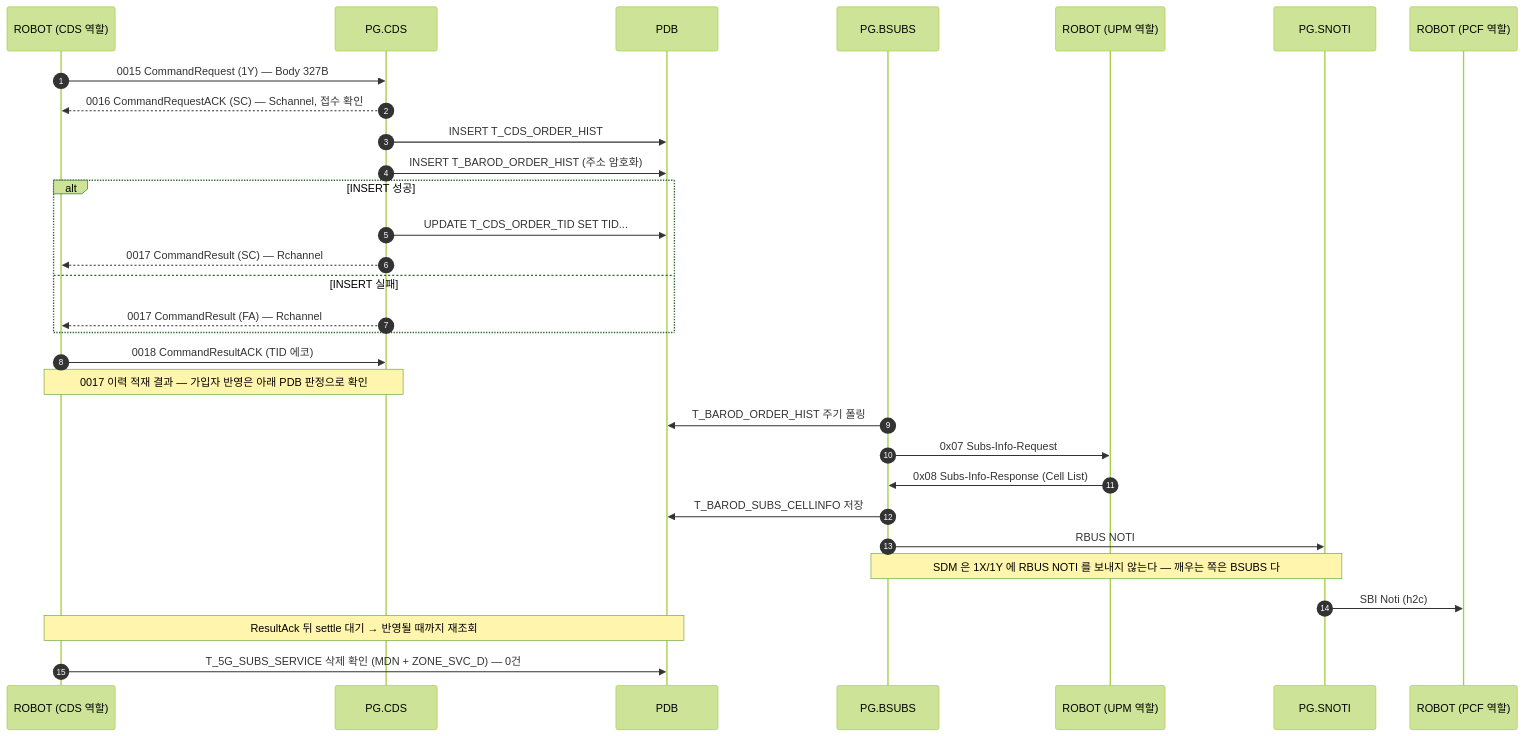
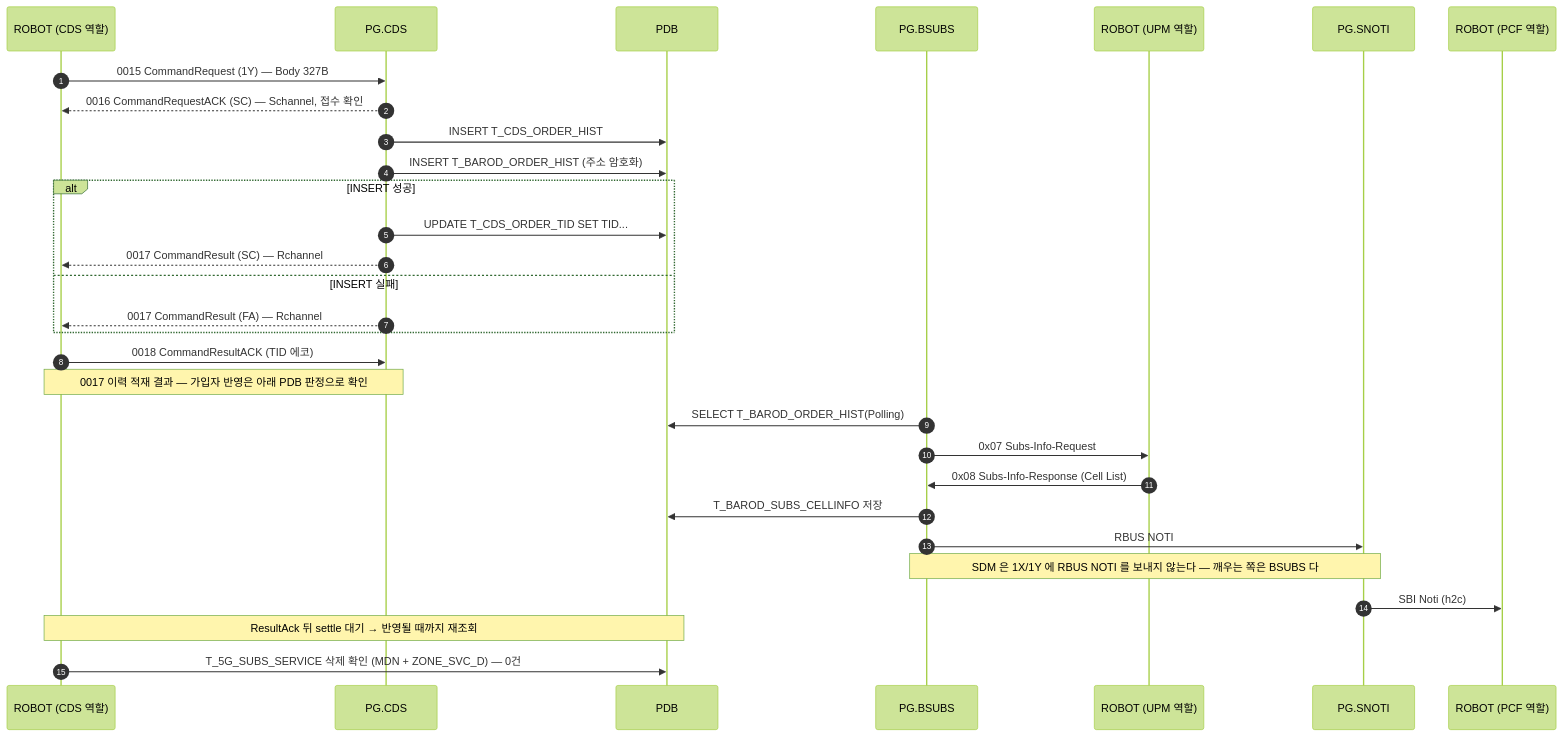
Before and after one commit to IanKim2030/tc4robot: the diagram in docs/callflow/CDS_1Y.md, drawn with Mermaid (forest theme). The commit also changed 18 other files, not shown here.

First line of the commit message:
docs: 폴링 단계를 SQL 표기로 (SELECT …(Polling))

````diff
--- a/docs/callflow/CDS_1Y.md
+++ b/docs/callflow/CDS_1Y.md
@@ -17,34 +17,34 @@
 ```mermaid
 sequenceDiagram
     autonumber
     participant TOOL as ROBOT (CDS 역할)
     participant PCDS as PG.CDS
     participant PDB as PDB
     participant BSUBS as PG.BSUBS
     participant UPM as ROBOT (UPM 역할)
     participant SNOTI as PG.SNOTI
     participant PCF as ROBOT (PCF 역할)
 
     TOOL->>PCDS: 0015 CommandRequest (1Y) — Body 327B
     PCDS-->>TOOL: 0016 CommandRequestACK (SC) — Schannel, 접수 확인
     PCDS->>PDB: INSERT T_CDS_ORDER_HIST
     PCDS->>PDB: INSERT T_BAROD_ORDER_HIST (주소 암호화)
     alt INSERT 성공
         PCDS->>PDB: UPDATE T_CDS_ORDER_TID SET TID...
         PCDS-->>TOOL: 0017 CommandResult (SC) — Rchannel
     else INSERT 실패
         PCDS-->>TOOL: 0017 CommandResult (FA) — Rchannel
     end
     TOOL->>PCDS: 0018 CommandResultACK (TID 에코)
     Note over TOOL,PCDS: 0017 이력 적재 결과 — 가입자 반영은 아래 PDB 판정으로 확인
 
-    BSUBS->>PDB: T_BAROD_ORDER_HIST 주기 폴링
+    BSUBS->>PDB: SELECT T_BAROD_ORDER_HIST(Polling)
     BSUBS->>UPM: 0x07 Subs-Info-Request
     UPM->>BSUBS: 0x08 Subs-Info-Response (Cell List)
     BSUBS->>PDB: T_BAROD_SUBS_CELLINFO 저장
     BSUBS->>SNOTI: RBUS NOTI
     Note over BSUBS,SNOTI: SDM 은 1X/1Y 에 RBUS NOTI 를 보내지 않는다 — 깨우는 쪽은 BSUBS 다
     SNOTI->>PCF: SBI Noti (h2c)
     Note over TOOL,PDB: ResultAck 뒤 settle 대기 → 반영될 때까지 재조회
     TOOL->>PDB: T_5G_SUBS_SERVICE 삭제 확인 (MDN + ZONE_SVC_D) — 0건
 ```
````
